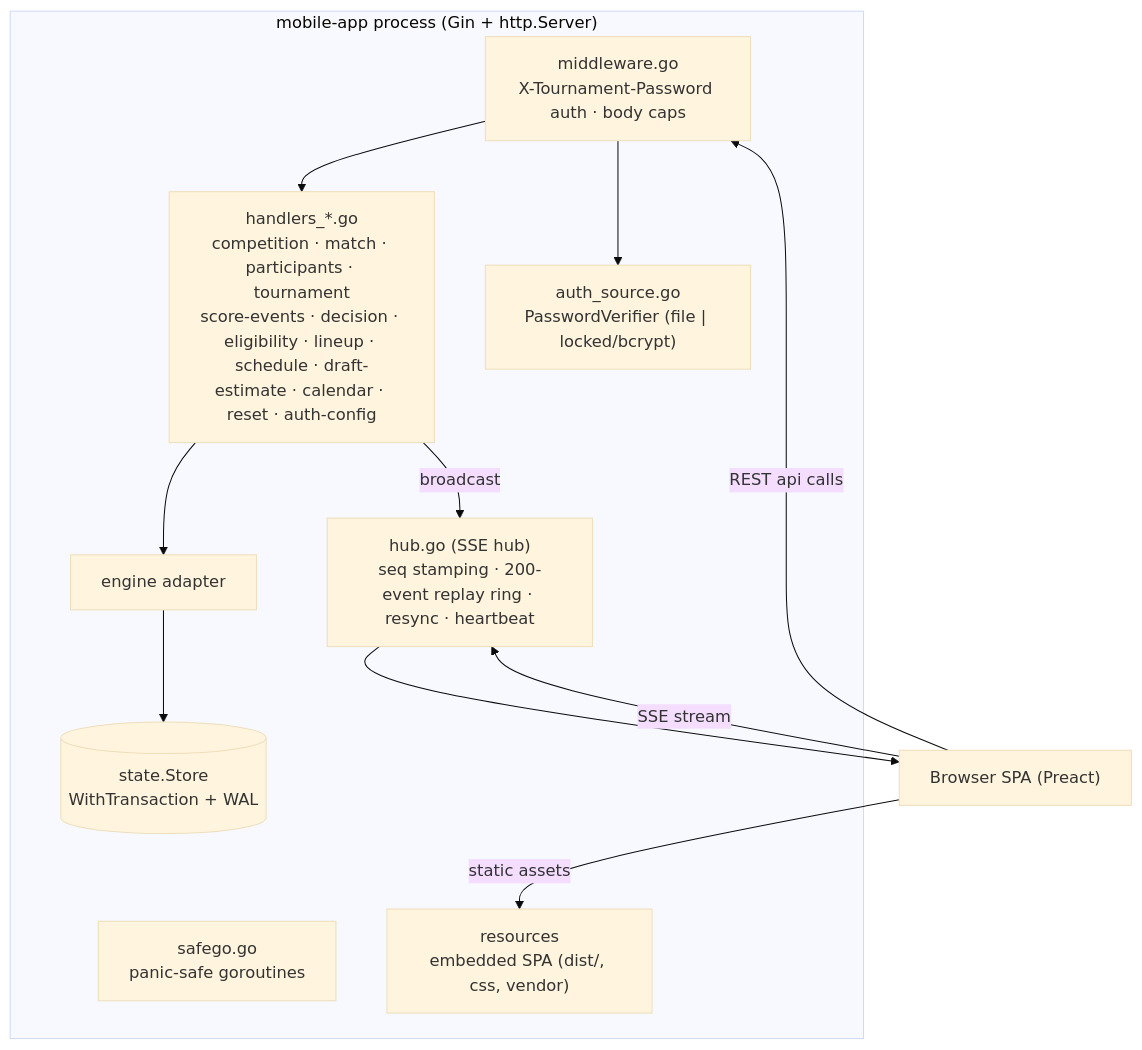
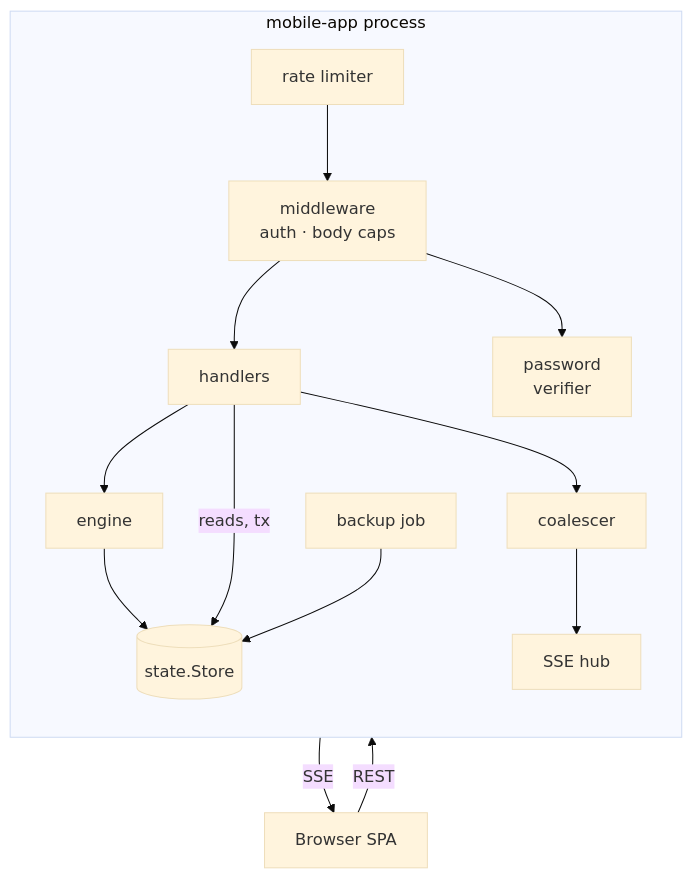
The fourth of 8 diagrams in docs/architecture/software-architecture.md (gitrgoliveira/bracket-creator), drawn with Mermaid (base theme) before and after one commit. The commit also changed other lines of this file and 49 other files, not shown here.

First line of the commit message:
fix(bc-arch): one transaction for participant edits; WAL stale-log guard; architecture docs

````diff
--- a/docs/architecture/software-architecture.md
+++ b/docs/architecture/software-architecture.md
@@ -111,20 +144,25 @@
 ```mermaid
 flowchart TB
-    subgraph proc["mobile-app process (Gin + http.Server)"]
-        mw["middleware.go<br/>X-Tournament-Password auth · body caps"]
-        authsrc["auth_source.go<br/>PasswordVerifier (file | locked/bcrypt)"]
-        handlers["handlers_*.go<br/>competition · match · participants · tournament<br/>score-events · decision · eligibility · lineup · schedule · draft-estimate · calendar · reset · auth-config"]
-        hub["hub.go (SSE hub)<br/>seq stamping · 200-event replay ring · resync · heartbeat"]
-        safego["safego.go<br/>panic-safe goroutines"]
-        engine["engine adapter"]
-        store[("state.Store<br/>WithTransaction + WAL")]
-        embed["resources<br/>embedded SPA (dist/, css, vendor)"]
+    client["Browser SPA"]
+
+    subgraph proc["mobile-app process"]
+        direction TB
+        rl["rate limiter"]
+        mw["middleware<br/>auth · body caps"]
+        authsrc["password<br/>verifier"]
+        handlers["handlers"]
+        engine["engine"]
+        coal["coalescer"]
+        sched["backup job"]
+        store[("state.Store")]
+        hub["SSE hub"]
     end
 
-    client["Browser SPA (Preact)"] -->|REST api calls| mw --> handlers
+    client -->|REST| rl --> mw --> handlers
     mw --> authsrc
-    client -->|SSE stream| hub
     handlers --> engine --> store
-    handlers -->|broadcast| hub --> client
-    client -->|static assets| embed
+    handlers -->|"reads, tx"| store
+    handlers --> coal --> hub
+    hub -->|SSE| client
+    sched --> store
 ```
````
